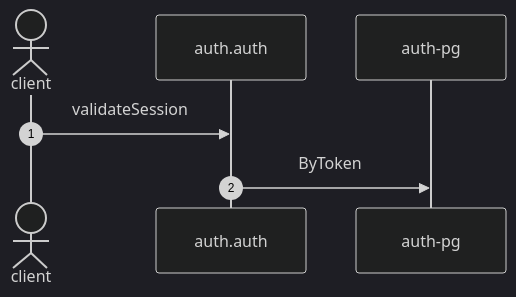
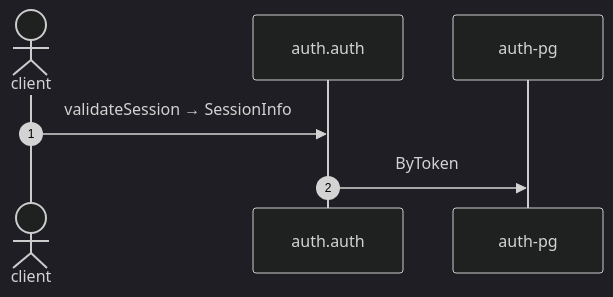
The diagram in docs/flows/auth-validate-session.md (shortlink-org/portolan), drawn with Mermaid (dark theme) before and after one commit. The commit also changed other lines of this file and 87 other files, not shown here.

````diff
--- a/docs/flows/auth-validate-session.md
+++ b/docs/flows/auth-validate-session.md
@@ -21,9 +21,9 @@
 ```mermaid
 sequenceDiagram
     autonumber
     actor p0 as client
     participant p1 as auth.auth
     participant p2 as auth-pg
-    p0->>p1: validateSession
+    p0->>p1: validateSession → SessionInfo
     p1->>p2: ByToken
 ```
````
